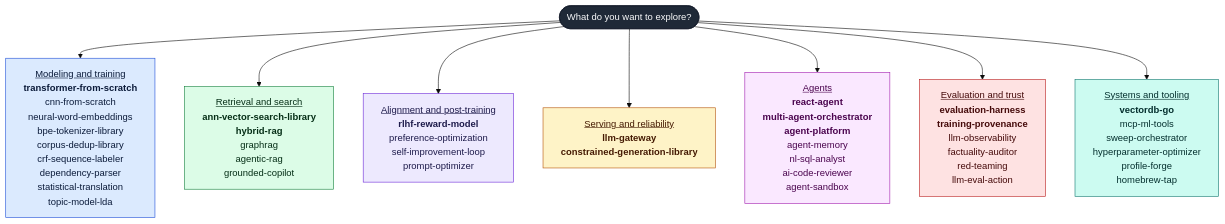
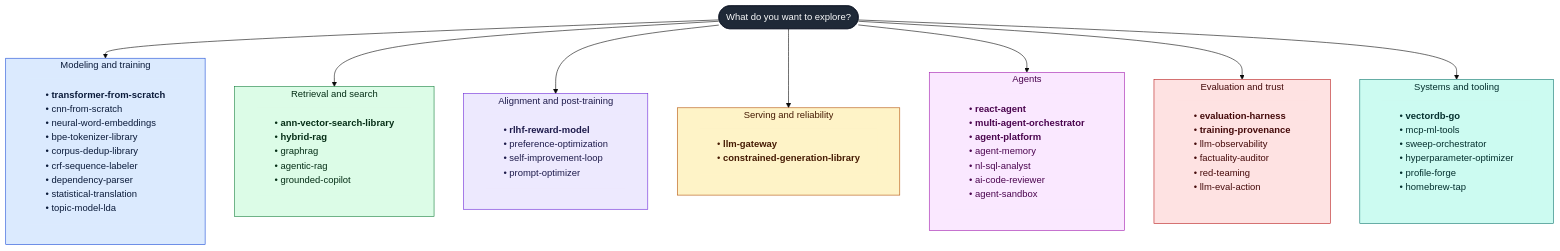
One commit to adeoluo/profile-forge changed the first of 3 diagrams in examples/adeoluo.README.md. Above: the diagram before and after it, drawn with Mermaid (base theme). The commit also changed 4 other files, not shown here.

````diff
--- a/examples/adeoluo.README.md
+++ b/examples/adeoluo.README.md
@@ -61,30 +61,58 @@
 ```mermaid
 %%{init: {"flowchart": {"wrappingWidth": 320}}}%%
 flowchart TD
   n_root(["What do you want to explore?"])
-  n_root --> n_model["<u>Modeling and training</u><br/><b>transformer-from-scratch</b><br/>cnn-from-scratch<br/>neural-word-embeddings<br/>bpe-tokenizer-library<br/>corpus-dedup-library<br/>crf-sequence-labeler<br/>dependency-parser<br/>statistical-translation<br/>topic-model-lda"]
-  n_root --> n_retr["<u>Retrieval and search</u><br/><b>ann-vector-search-library</b><br/><b>hybrid-rag</b><br/>graphrag<br/>agentic-rag<br/>grounded-copilot"]
-  n_root --> n_align["<u>Alignment and post-training</u><br/><b>rlhf-reward-model</b><br/>preference-optimization<br/>self-improvement-loop<br/>prompt-optimizer"]
-  n_root --> n_serve["<u>Serving and reliability</u><br/><b>llm-gateway</b><br/><b>constrained-generation-library</b>"]
-  n_root --> n_agent["<u>Agents</u><br/><b>react-agent</b><br/><b>multi-agent-orchestrator</b><br/><b>agent-platform</b><br/>agent-memory<br/>nl-sql-analyst<br/>ai-code-reviewer<br/>agent-sandbox"]
-  n_root --> n_trust["<u>Evaluation and trust</u><br/><b>evaluation-harness</b><br/><b>training-provenance</b><br/>llm-observability<br/>factuality-auditor<br/>red-teaming<br/>llm-eval-action"]
-  n_root --> n_sys["<u>Systems and tooling</u><br/><b>vectordb-go</b><br/>mcp-ml-tools<br/>sweep-orchestrator<br/>hyperparameter-optimizer<br/>profile-forge<br/>homebrew-tap"]
+  subgraph s_model["Modeling and training"]
+    n_model["• <b>transformer-from-scratch</b><br/>• cnn-from-scratch<br/>• neural-word-embeddings<br/>• bpe-tokenizer-library<br/>• corpus-dedup-library<br/>• crf-sequence-labeler<br/>• dependency-parser<br/>• statistical-translation<br/>• topic-model-lda"]
+  end
+  n_root --> s_model
+  subgraph s_retr["Retrieval and search"]
+    n_retr["• <b>ann-vector-search-library</b><br/>• <b>hybrid-rag</b><br/>• graphrag<br/>• agentic-rag<br/>• grounded-copilot"]
+  end
+  n_root --> s_retr
+  subgraph s_align["Alignment and post-training"]
+    n_align["• <b>rlhf-reward-model</b><br/>• preference-optimization<br/>• self-improvement-loop<br/>• prompt-optimizer"]
+  end
+  n_root --> s_align
+  subgraph s_serve["Serving and reliability"]
+    n_serve["• <b>llm-gateway</b><br/>• <b>constrained-generation-library</b>"]
+  end
+  n_root --> s_serve
+  subgraph s_agent["Agents"]
+    n_agent["• <b>react-agent</b><br/>• <b>multi-agent-orchestrator</b><br/>• <b>agent-platform</b><br/>• agent-memory<br/>• nl-sql-analyst<br/>• ai-code-reviewer<br/>• agent-sandbox"]
+  end
+  n_root --> s_agent
+  subgraph s_trust["Evaluation and trust"]
+    n_trust["• <b>evaluation-harness</b><br/>• <b>training-provenance</b><br/>• llm-observability<br/>• factuality-auditor<br/>• red-teaming<br/>• llm-eval-action"]
+  end
+  n_root --> s_trust
+  subgraph s_sys["Systems and tooling"]
+    n_sys["• <b>vectordb-go</b><br/>• mcp-ml-tools<br/>• sweep-orchestrator<br/>• hyperparameter-optimizer<br/>• profile-forge<br/>• homebrew-tap"]
+  end
+  n_root --> s_sys
 
   classDef c_root fill:#1f2937,stroke:#111827,color:#f9fafb;
-  classDef c_model fill:#dbeafe,stroke:#1d4ed8,color:#0b1b3a;
-  classDef c_retr fill:#dcfce7,stroke:#15803d,color:#052e16;
-  classDef c_align fill:#ede9fe,stroke:#6d28d9,color:#1e1b4b;
-  classDef c_serve fill:#fef3c7,stroke:#b45309,color:#451a03;
-  classDef c_agent fill:#fae8ff,stroke:#a21caf,color:#4a044e;
-  classDef c_trust fill:#fee2e2,stroke:#b91c1c,color:#450a0a;
-  classDef c_sys fill:#ccfbf1,stroke:#0f766e,color:#042f2e;
+  classDef c_model fill:#dbeafe,stroke-width:0px,color:#0b1b3a,text-align:left;
+  classDef c_retr fill:#dcfce7,stroke-width:0px,color:#052e16,text-align:left;
+  classDef c_align fill:#ede9fe,stroke-width:0px,color:#1e1b4b,text-align:left;
+  classDef c_serve fill:#fef3c7,stroke-width:0px,color:#451a03,text-align:left;
+  classDef c_agent fill:#fae8ff,stroke-width:0px,color:#4a044e,text-align:left;
+  classDef c_trust fill:#fee2e2,stroke-width:0px,color:#450a0a,text-align:left;
+  classDef c_sys fill:#ccfbf1,stroke-width:0px,color:#042f2e,text-align:left;
 
   class n_root c_root;
   class n_model c_model;
+  style s_model fill:#dbeafe,stroke:#1d4ed8,color:#0b1b3a
   class n_retr c_retr;
+  style s_retr fill:#dcfce7,stroke:#15803d,color:#052e16
   class n_align c_align;
+  style s_align fill:#ede9fe,stroke:#6d28d9,color:#1e1b4b
   class n_serve c_serve;
+  style s_serve fill:#fef3c7,stroke:#b45309,color:#451a03
   class n_agent c_agent;
+  style s_agent fill:#fae8ff,stroke:#a21caf,color:#4a044e
   class n_trust c_trust;
+  style s_trust fill:#fee2e2,stroke:#b91c1c,color:#450a0a
   class n_sys c_sys;
+  style s_sys fill:#ccfbf1,stroke:#0f766e,color:#042f2e
 ```
````
